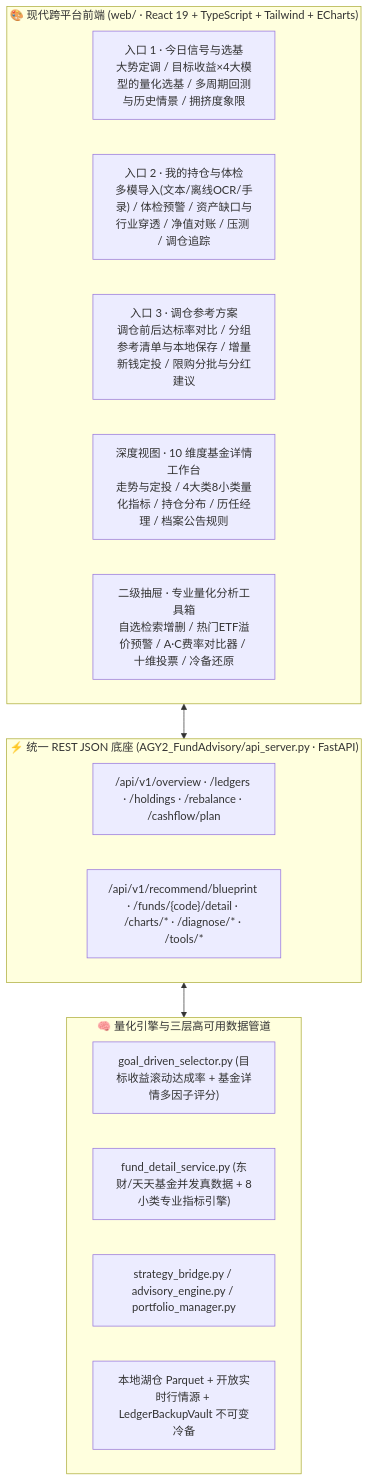
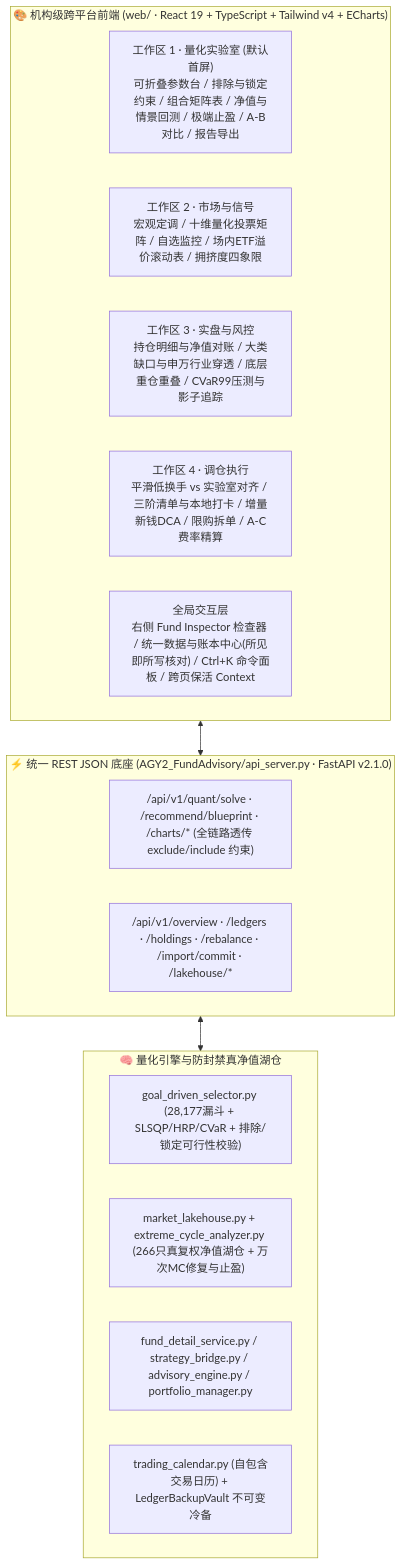
Before and after one commit to deancyl/wind-fund-advisory: the diagram in README.md, drawn with Mermaid. The commit also changed other lines of this file and 35 other files, not shown here.

````diff
--- a/README.md
+++ b/README.md
@@ -40,25 +40,25 @@
 ```mermaid
 flowchart TD
-    subgraph Client ["🎨 现代跨平台前端 (web/ · React 19 + TypeScript + Tailwind + ECharts)"]
-        P1["入口 1 · 今日信号与选基<br/>大势定调 / 目标收益×4大模型的量化选基 / 多周期回测与历史情景 / 拥挤度象限"]
-        P2["入口 2 · 我的持仓与体检<br/>多模导入(文本/离线OCR/手录) / 体检预警 / 资产缺口与行业穿透 / 净值对账 / 压测 / 调仓追踪"]
-        P3["入口 3 · 调仓参考方案<br/>调仓前后达标率对比 / 分组参考清单与本地保存 / 增量新钱定投 / 限购分批与分红建议"]
-        FD["深度视图 · 10 维度基金详情工作台<br/>走势与定投 / 4大类8小类量化指标 / 持仓分布 / 历任经理 / 档案公告规则"]
-        DR["二级抽屉 · 专业量化分析工具箱<br/>自选检索增删 / 热门ETF溢价预警 / A·C费率对比器 / 十维投票 / 冷备还原"]
+    subgraph Client ["🎨 机构级跨平台前端 (web/ · React 19 + TypeScript + Tailwind v4 + ECharts)"]
+        W1["工作区 1 · 量化实验室 (默认首屏)<br/>可折叠参数台 / 排除与锁定约束 / 组合矩阵表 / 净值与情景回测 / 极端止盈 / A-B对比 / 报告导出"]
+        W2["工作区 2 · 市场与信号<br/>宏观定调 / 十维量化投票矩阵 / 自选监控 / 场内ETF溢价滚动表 / 拥挤度四象限"]
+        W3["工作区 3 · 实盘与风控<br/>持仓明细与净值对账 / 大类缺口与申万行业穿透 / 底层重仓重叠 / CVaR99压测与影子追踪"]
+        W4["工作区 4 · 调仓执行<br/>平滑低换手 vs 实验室对齐 / 三阶清单与本地打卡 / 增量新钱DCA / 限购拆单 / A-C费率精算"]
+        OV["全局交互层<br/>右侧 Fund Inspector 检查器 / 统一数据与账本中心(所见即所写核对) / Ctrl+K 命令面板 / 跨页保活 Context"]
     end
 
-    subgraph API ["⚡ 统一 REST JSON 底座 (AGY2_FundAdvisory/api_server.py · FastAPI)"]
-        R1["/api/v1/overview · /ledgers · /holdings · /rebalance · /cashflow/plan"]
-        R2["/api/v1/recommend/blueprint · /funds/{code}/detail · /charts/* · /diagnose/* · /tools/*"]
+    subgraph API ["⚡ 统一 REST JSON 底座 (AGY2_FundAdvisory/api_server.py · FastAPI v2.1.0)"]
+        R1["/api/v1/quant/solve · /recommend/blueprint · /charts/* (全链路透传 exclude/include 约束)"]
+        R2["/api/v1/overview · /ledgers · /holdings · /rebalance · /import/commit · /lakehouse/*"]
     end
 
-    subgraph Engine ["🧠 量化引擎与三层高可用数据管道"]
-        E1["goal_driven_selector.py (目标收益滚动达成率 + 基金详情多因子评分)"]
-        E2["fund_detail_service.py (东财/天天基金并发真数据 + 8小类专业指标引擎)"]
-        E3["strategy_bridge.py / advisory_engine.py / portfolio_manager.py"]
-        E4["本地湖仓 Parquet + 开放实时行情源 + LedgerBackupVault 不可变冷备"]
+    subgraph Engine ["🧠 量化引擎与防封禁真净值湖仓"]
+        E1["goal_driven_selector.py (28,177漏斗 + SLSQP/HRP/CVaR + 排除/锁定可行性校验)"]
+        E2["market_lakehouse.py + extreme_cycle_analyzer.py (266只真复权净值湖仓 + 万次MC修复与止盈)"]
+        E3["fund_detail_service.py / strategy_bridge.py / advisory_engine.py / portfolio_manager.py"]
+        E4["trading_calendar.py (自包含交易日历) + LedgerBackupVault 不可变冷备"]
     end
 
     Client <--> API
     API <--> Engine
 ```
````
